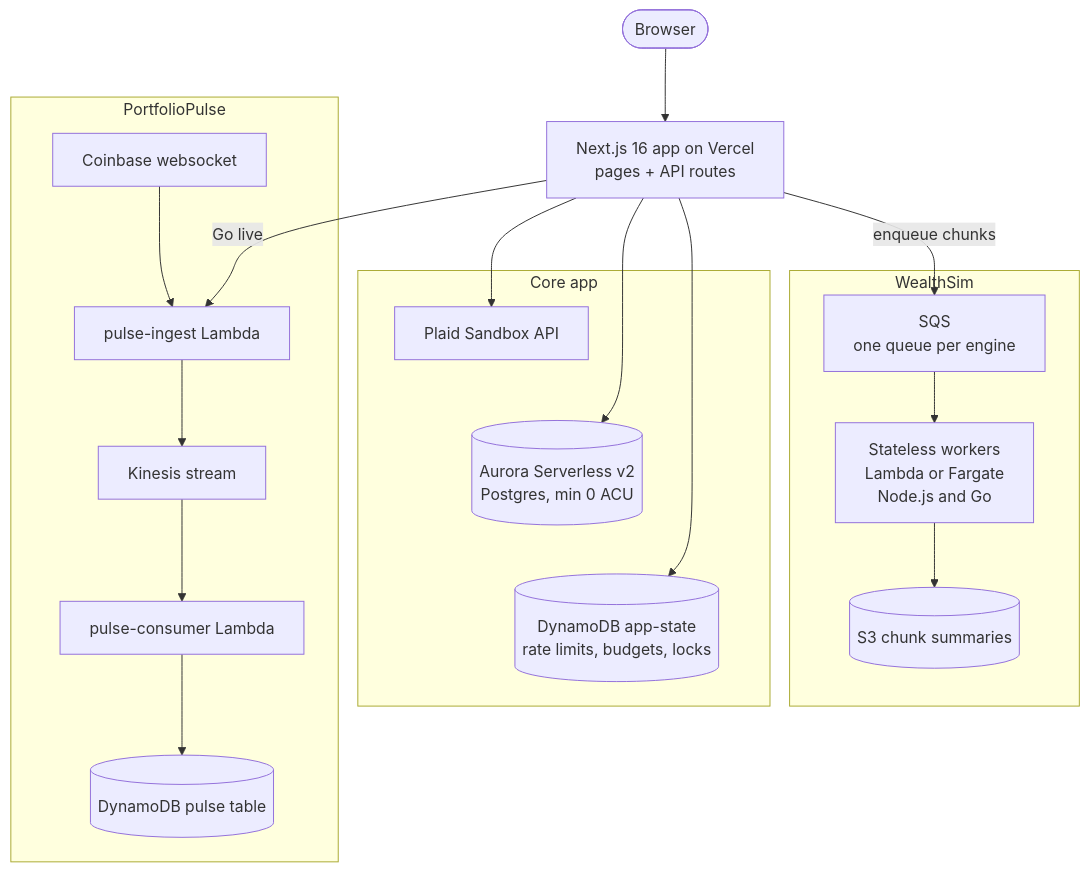
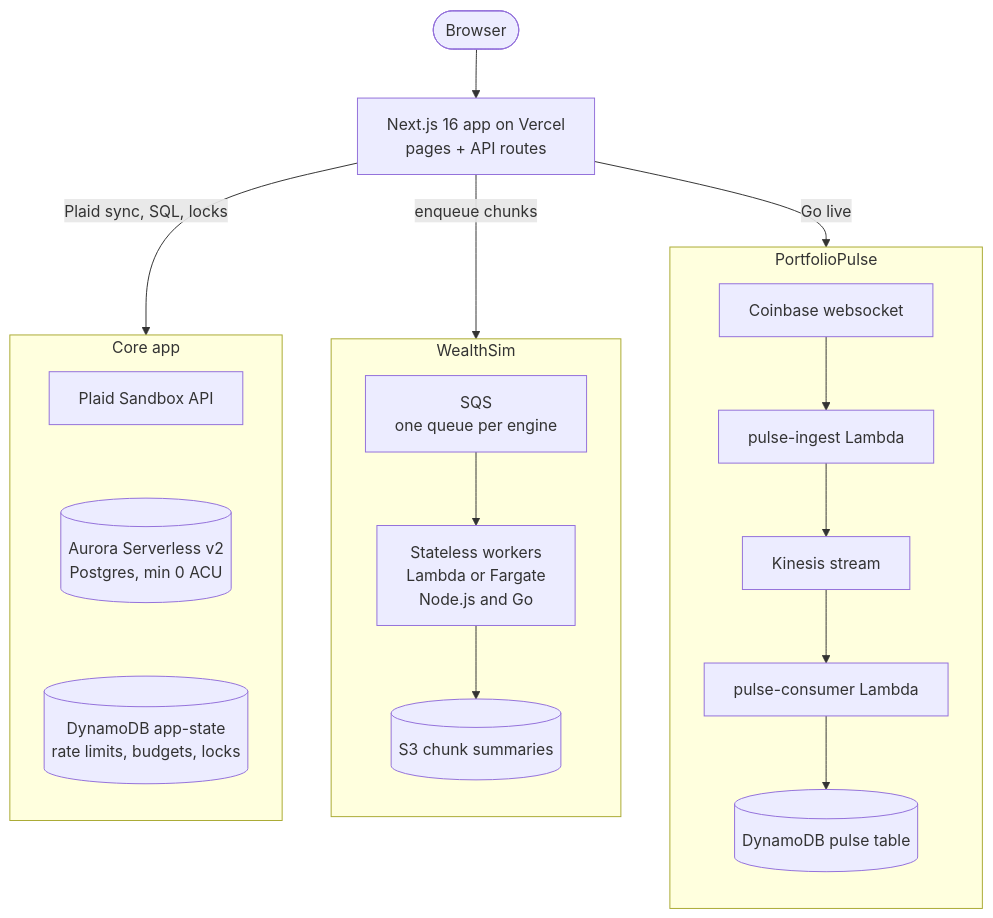
Before and after one commit to dnguyen-cs/WealthOS---Distributed-Personal-Finance-Platform: the first of 4 diagrams in README.md, drawn with Mermaid. The commit also changed other lines of this file, not shown here.

Commit message:
README: fix Mermaid label wrapping and overview layout on GitHub

````diff
--- a/README.md
+++ b/README.md
@@ -61,32 +61,35 @@
 ```mermaid
+%%{init: {"flowchart": {"wrappingWidth": 200}}}%%
 flowchart TB
     browser([Browser]) --> app["Next.js 16 app on Vercel<br/>pages + API routes"]
 
     subgraph core [Core app]
+        direction TB
         plaid[Plaid Sandbox API]
         aurora[("Aurora Serverless v2<br/>Postgres, min 0 ACU")]
         appstate[("DynamoDB app-state<br/>rate limits, budgets, locks")]
+        plaid ~~~ aurora ~~~ appstate
     end
 
     subgraph sim [WealthSim]
+        direction TB
         queues["SQS<br/>one queue per engine"]
         workers["Stateless workers<br/>Lambda or Fargate<br/>Node.js and Go"]
         s3[("S3 chunk summaries")]
+        queues --> workers --> s3
     end
 
     subgraph pulse [PortfolioPulse]
+        direction TB
         coinbase[Coinbase websocket]
         ingest[pulse-ingest Lambda]
         kinesis[Kinesis stream]
         consumer[pulse-consumer Lambda]
         pulsetable[(DynamoDB pulse table)]
+        coinbase --> ingest --> kinesis --> consumer --> pulsetable
     end
 
-    app --> plaid
-    app --> aurora
-    app --> appstate
-    plaid ~~~ aurora ~~~ appstate
-    app -- "enqueue chunks" --> queues --> workers --> s3
-    app -- "Go live" --> ingest
-    coinbase --> ingest --> kinesis --> consumer --> pulsetable
+    app -- "Plaid sync, SQL, locks" --> core
+    app -- "enqueue chunks" --> sim
+    app -- "Go live" --> pulse
 ```
````
